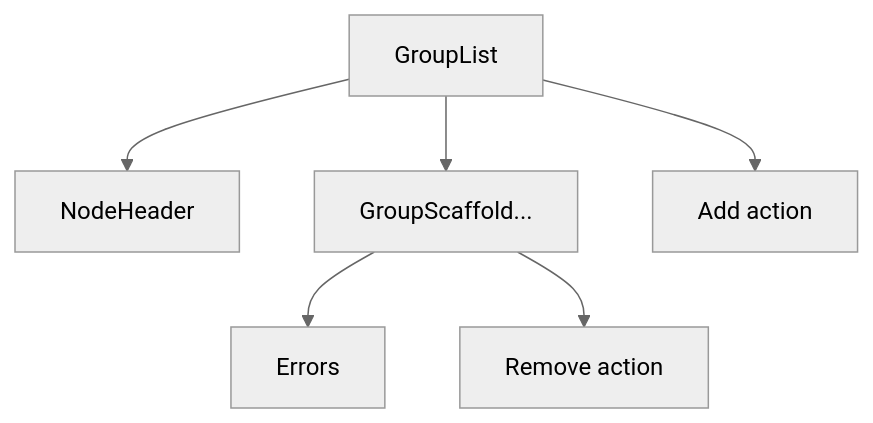
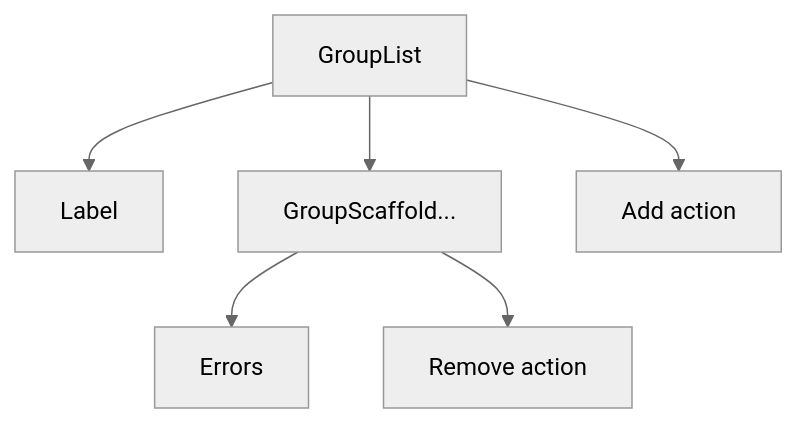
Before and after one commit to HealthSamurai/aidbox-forms-renderer: the second of 2 diagrams in packages/theme/README.md, drawn with Mermaid (neutral theme). The commit also changed other lines of this file and 328 other files, not shown here.

````diff
--- a/packages/theme/README.md
+++ b/packages/theme/README.md
@@ -129,8 +128,8 @@
 ```mermaid
 flowchart TD
-  GLS[GroupList] --> GLH[NodeHeader]
+  GLS[GroupList] --> GLH[Label]
   GLS --> GS[GroupScaffold...]
   GS --> GSE[Errors]
   GS --> GSR[Remove action]
   GLS --> GLAdd[Add action]
 ```
````
